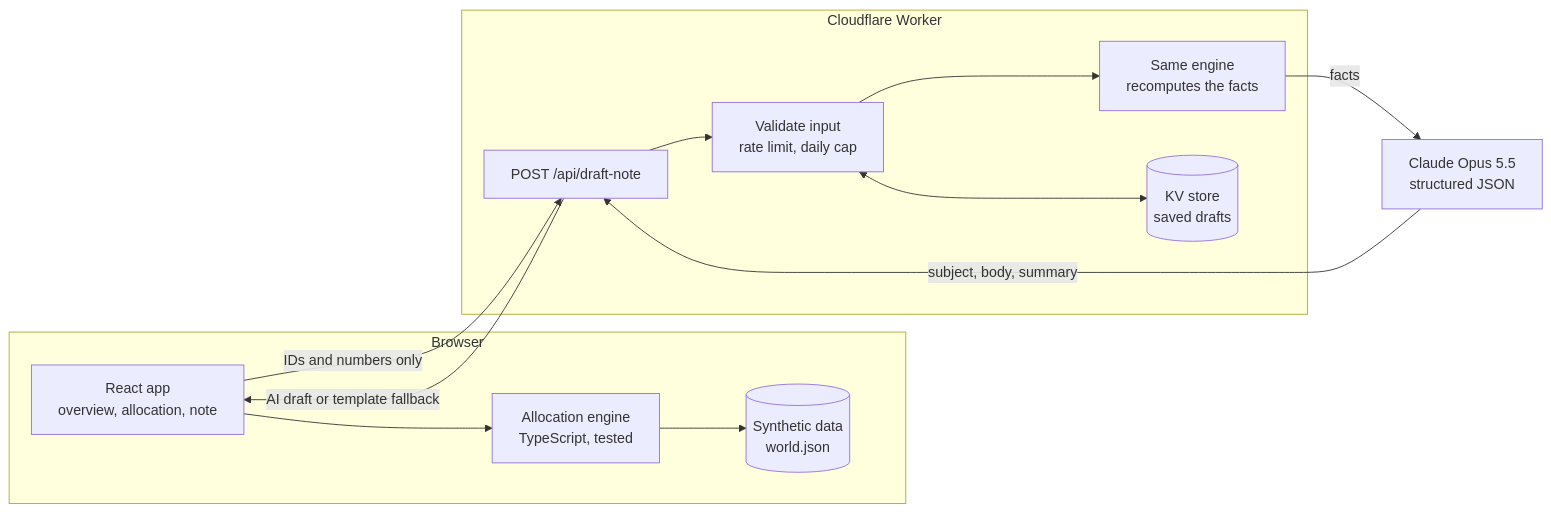
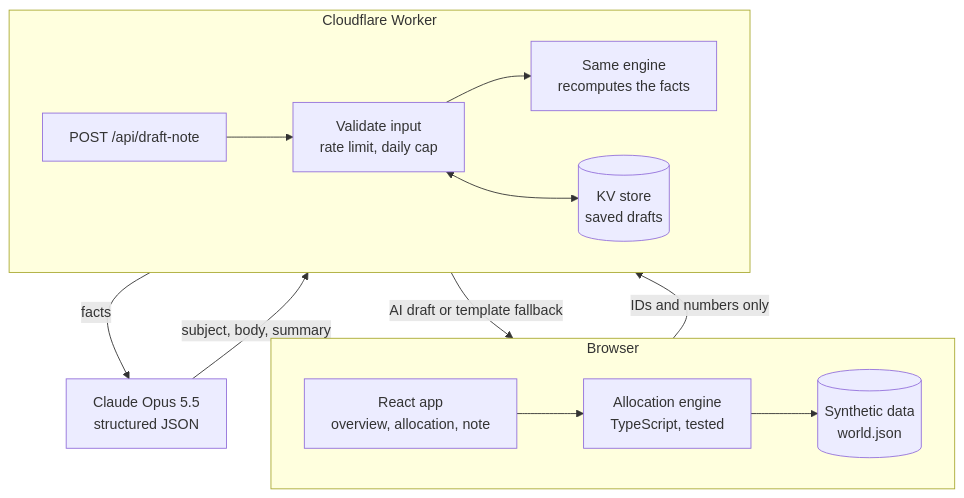
One commit to reedholmes/shortage-copilot changed the diagram in README.md. Above: the diagram before and after it, drawn with Mermaid.

Commit message:
README: top-down architecture diagram so it is readable on GitHub

````diff
--- a/README.md
+++ b/README.md
@@ -67,23 +67,25 @@
 ```mermaid
-flowchart LR
+flowchart TB
   subgraph Browser["Browser"]
+    direction LR
     UI["React app<br/>overview, allocation, note"]
     ENG["Allocation engine<br/>TypeScript, tested"]
     DATA[("Synthetic data<br/>world.json")]
     UI --> ENG
     ENG --> DATA
   end
   subgraph CF["Cloudflare Worker"]
+    direction LR
     API["POST /api/draft-note"]
     GUARD["Validate input<br/>rate limit, daily cap"]
     FACTS["Same engine<br/>recomputes the facts"]
     KV[("KV store<br/>saved drafts")]
   end
   CLAUDE["Claude Opus 5.5<br/>structured JSON"]
   UI -- "IDs and numbers only" --> API
   API --> GUARD --> FACTS
   GUARD <--> KV
   FACTS -- "facts" --> CLAUDE
   CLAUDE -- "subject, body, summary" --> API
   API -- "AI draft or template fallback" --> UI
 ```
````
